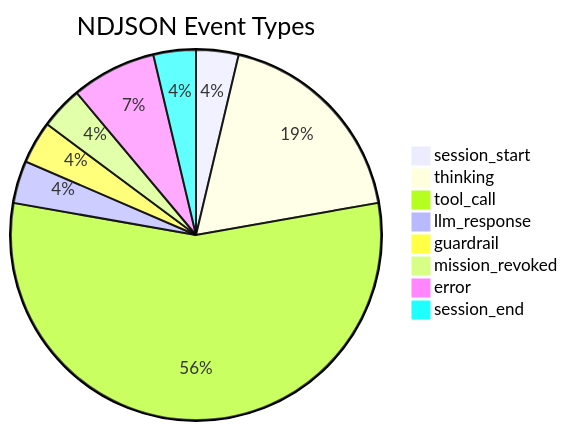
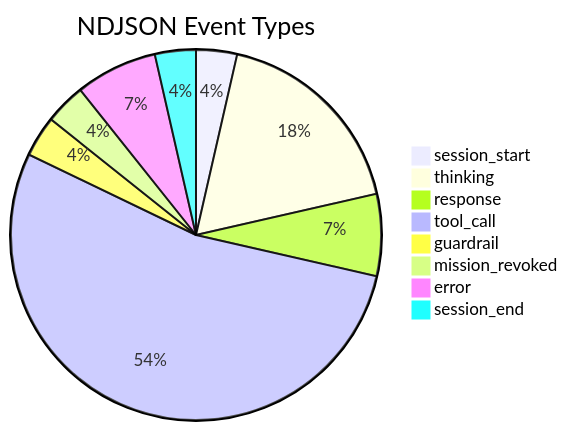
Before and after one commit to lg841226/Gradum: the sixth of 29 diagrams in docs/ARCHITECTURE.md, drawn with Mermaid. The commit also changed other lines of this file and 5 other files, not shown here.

Commit message:
docs: sync ARCHITECTURE.md with framework refactor and polish skill/plugin code

````diff
--- a/docs/ARCHITECTURE.md
+++ b/docs/ARCHITECTURE.md
@@ -506,12 +562,12 @@
 ```mermaid
 pie
     title NDJSON Event Types
     "session_start": 1
     "thinking": 5
+    "response": 2
     "tool_call": 15
-    "llm_response": 1
     "guardrail": 1
     "mission_revoked": 1
     "error": 2
     "session_end": 1
 ```
````
